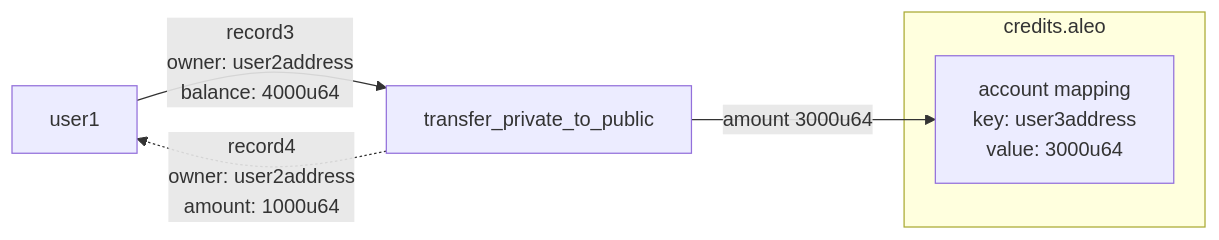
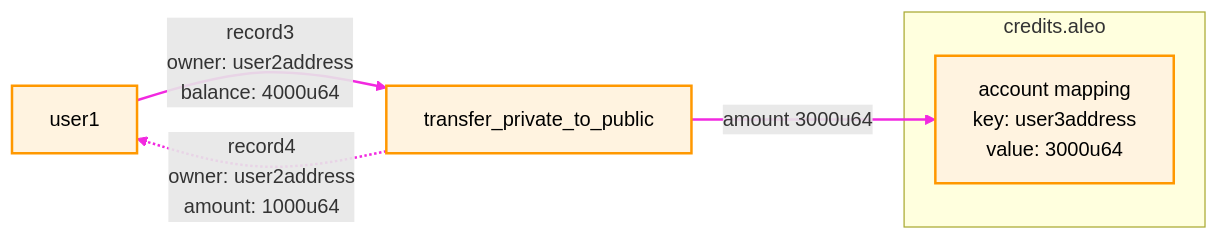
The third of 5 diagrams in docs/Guide/05_transfers.md (ProvableHQ/sdk), drawn with Mermaid before and after one commit. The commit also changed other lines of this file and 1 other file, not shown here.

````diff
--- a/docs/Guide/05_transfers.md
+++ b/docs/Guide/05_transfers.md
@@ -67,9 +109,12 @@
 ```mermaid
 graph LR
     subgraph credits.aleo
         m1[account mapping \n key: user3address \n value: 3000u64]
     end
     user1--record3 \n owner: user2address \n balance: 4000u64-->t1[transfer_private_to_public]
     t1-.record4 \n owner: user2address \n amount: 1000u64.->user1
     t1--amount 3000u64-->m1
+    
+    classDef default fill:#fff3e0,stroke:#ff9800,stroke-width:2px,color:#000;
+    linkStyle default stroke:#f229e0,stroke-width:2px;
 ```
````
